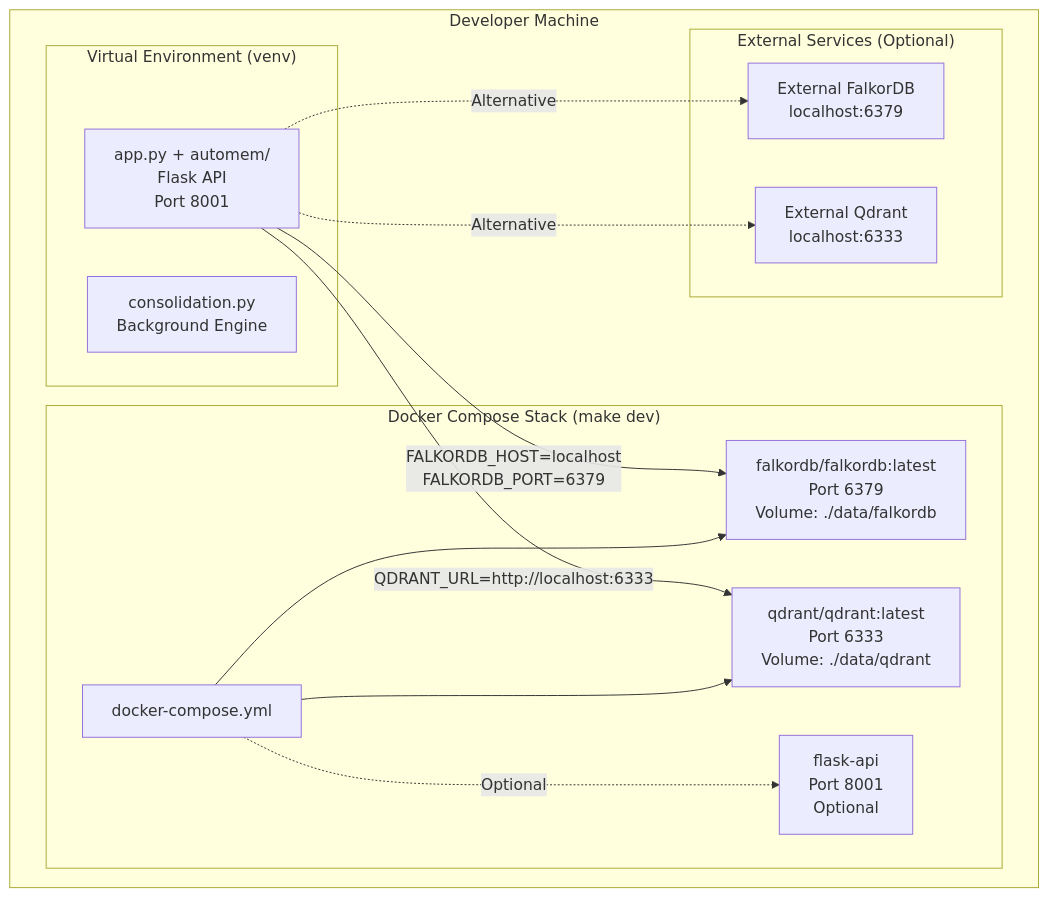
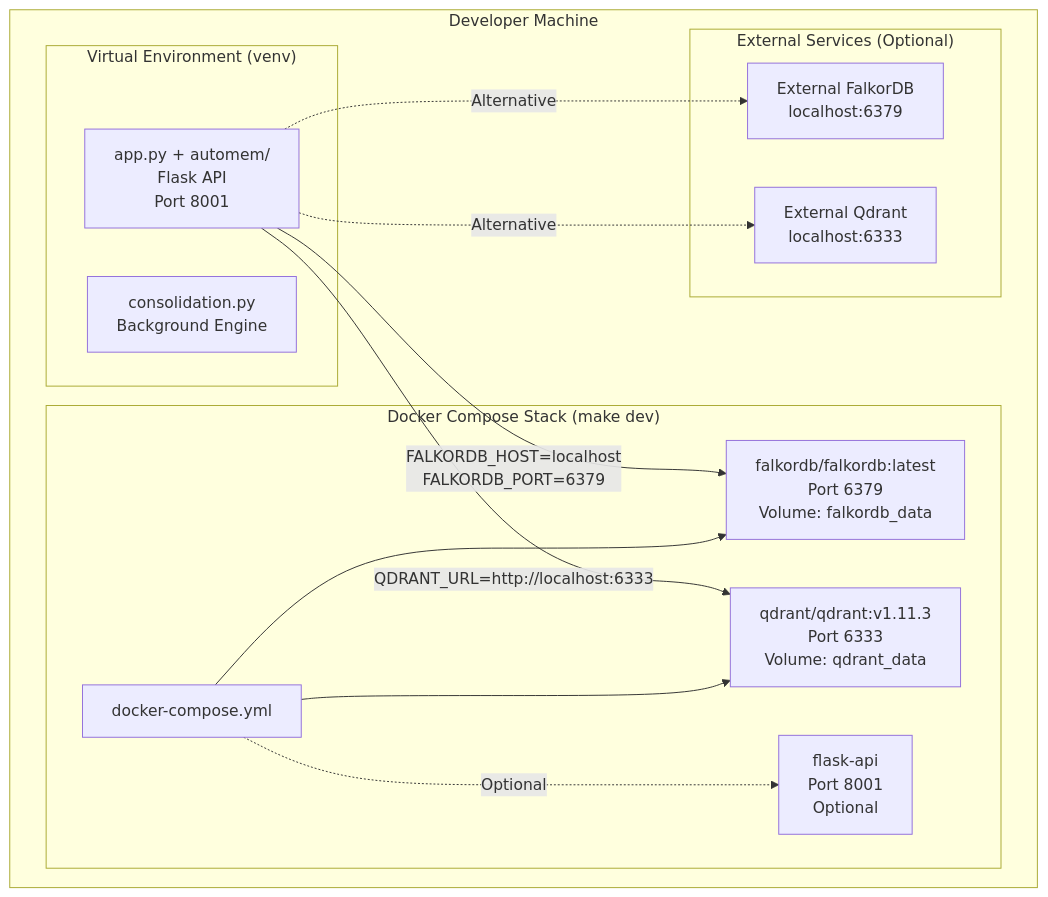
Before and after one commit to verygoodplugins/automem-website: the first of 2 diagrams in src/content/docs/docs/development/local-setup.md, drawn with Mermaid. The commit also changed other lines of this file and 6 other files, not shown here.

````diff
--- a/src/content/docs/docs/development/local-setup.md
+++ b/src/content/docs/docs/development/local-setup.md
@@ -96,30 +96,30 @@
 ```mermaid
 graph TB
     subgraph "Developer Machine"
         subgraph "Virtual Environment (venv)"
             Flask["app.py + automem/<br/>Flask API<br/>Port 8001"]
             Consol["consolidation.py\nBackground Engine"]
         end
 
         subgraph "Docker Compose Stack (make dev)"
             DC["docker-compose.yml"]
-            Falkor["falkordb/falkordb:latest\nPort 6379\nVolume: ./data/falkordb"]
-            Qdrant["qdrant/qdrant:latest\nPort 6333\nVolume: ./data/qdrant"]
+            Falkor["falkordb/falkordb:latest\nPort 6379\nVolume: falkordb_data"]
+            Qdrant["qdrant/qdrant:v1.11.3\nPort 6333\nVolume: qdrant_data"]
             APIContainer["flask-api\nPort 8001\nOptional"]
         end
 
         subgraph "External Services (Optional)"
             ExtFalkor["External FalkorDB\nlocalhost:6379"]
             ExtQdrant["External Qdrant\nlocalhost:6333"]
         end
     end
 
     Flask -->|"FALKORDB_HOST=localhost\nFALKORDB_PORT=6379"| Falkor
     Flask -->|"QDRANT_URL=http://localhost:6333"| Qdrant
     Flask -.->|"Alternative"| ExtFalkor
     Flask -.->|"Alternative"| ExtQdrant
 
     DC --> Falkor
     DC --> Qdrant
     DC -.->|"Optional"| APIContainer
 ```
````
